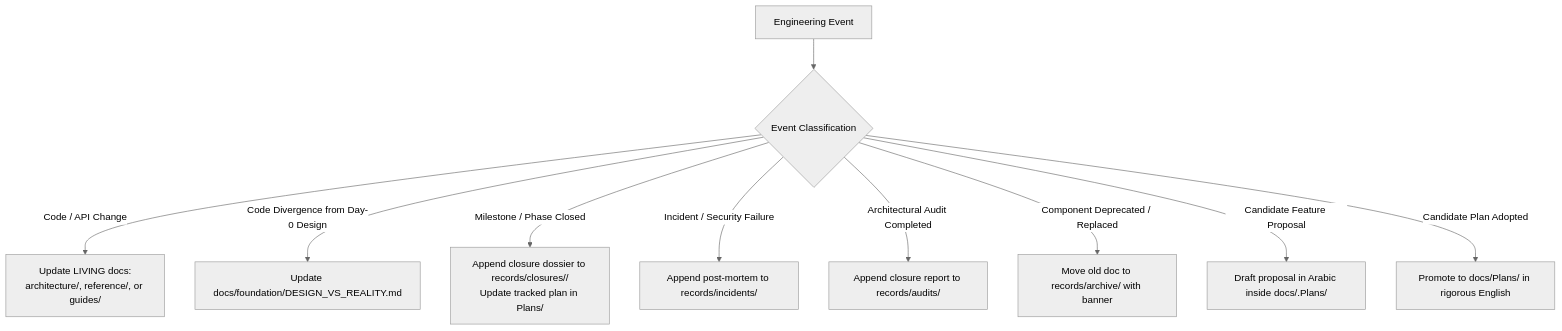
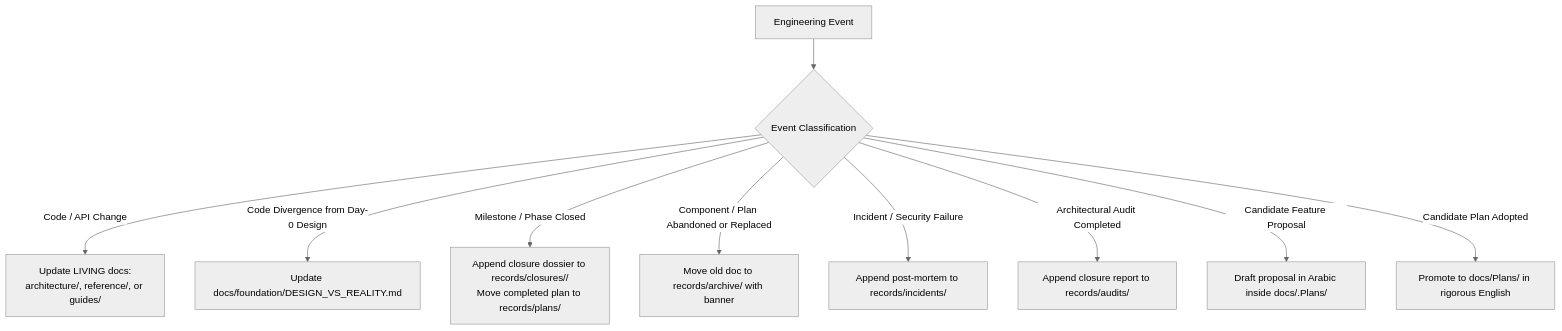
One commit to Abdullah931-stack/LUGX changed the first of 2 diagrams in docs/DOCUMENTATION_GUIDELINES.md. Above: the diagram before and after it, drawn with Mermaid (neutral theme). The commit also changed other lines of this file and 17 other files, not shown here.

````diff
--- a/docs/DOCUMENTATION_GUIDELINES.md
+++ b/docs/DOCUMENTATION_GUIDELINES.md
@@ -59,12 +62,12 @@
 ```mermaid
 graph TD
     Trigger["Engineering Event"] --> Branch{"Event Classification"}
     Branch -- "Code / API Change" --> A1["Update LIVING docs:<br/>architecture/, reference/, or guides/"]
     Branch -- "Code Divergence from Day-0 Design" --> A2["Update docs/foundation/DESIGN_VS_REALITY.md"]
-    Branch -- "Milestone / Phase Closed" --> A3["Append closure dossier to records/closures/<bundle>/<br/>Update tracked plan in Plans/"]
+    Branch -- "Milestone / Phase Closed" --> A3["Append closure dossier to records/closures/<bundle>/<br/>Move completed plan to records/plans/"]
+    Branch -- "Component / Plan Abandoned or Replaced" --> A6["Move old doc to records/archive/ with banner"]
     Branch -- "Incident / Security Failure" --> A4["Append post-mortem to records/incidents/"]
     Branch -- "Architectural Audit Completed" --> A5["Append closure report to records/audits/"]
-    Branch -- "Component Deprecated / Replaced" --> A6["Move old doc to records/archive/ with banner"]
     Branch -- "Candidate Feature Proposal" --> A7["Draft proposal in Arabic inside docs/.Plans/"]
     Branch -- "Candidate Plan Adopted" --> A8["Promote to docs/Plans/ in rigorous English"]
 ```
````
